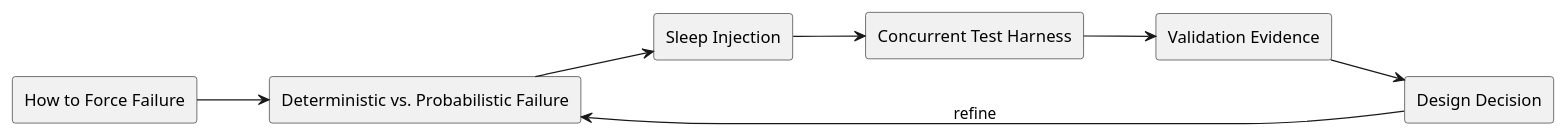
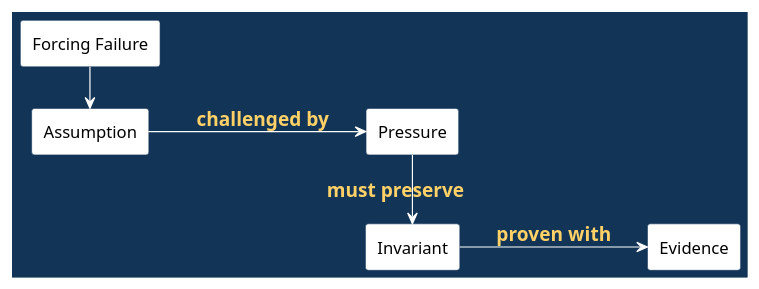
One commit to madajaju/CS5254 changed diagram 20 of 20 in doc/lectures/week3/forcing_failure/README.slides.adoc. Above: the diagram before and after it, drawn with PlantUML. The commit also changed other lines of this file and 21 other files, not shown here.

```diff
--- a/doc/lectures/week3/forcing_failure/README.slides.adoc
+++ b/doc/lectures/week3/forcing_failure/README.slides.adoc
@@ -71,22 +1397,62 @@
-[plantuml, target=architecture, format=svg, width=80%]
+[plantuml, target=forcing_failure_20_summary_visual, format=svg, width=100%]
 ----
 @startuml
-skinparam monochrome true
+skinparam BackgroundColor #123456
+skinparam DefaultFontColor white
+skinparam ArrowColor white
+skinparam ArrowFontColor #ffd166
+skinparam ArrowFontStyle bold
+skinparam ArrowFontSize 16
+skinparam ActorBorderColor #123456
+skinparam ActorFontColor white
+skinparam participant {
+  BackgroundColor white
+  BorderColor #123456
+  FontColor black
+}
+skinparam sequence {
+  LifeLineBorderColor white
+  LifeLineBackgroundColor white
+  ParticipantBorderColor #123456
+  ParticipantBackgroundColor white
+  ParticipantFontColor black
+}
+skinparam rectangle {
+  BackgroundColor white
+  BorderColor #123456
+  FontColor black
+}
+skinparam database {
+  BackgroundColor white
+  BorderColor #123456
+  FontColor black
+}
+skinparam state {
+  BackgroundColor white
+  BorderColor #123456
+  FontColor black
+}
+skinparam activity {
+  BackgroundColor white
+  BorderColor #123456
+  FontColor black
+}
+skinparam note {
+  BackgroundColor white
+  BorderColor #123456
+  FontColor black
+}
 skinparam shadowing false
 left to right direction
 
-rectangle "How to Force Failure" as Topic
-rectangle "Deterministic vs. Probabilistic Failure" as A
-rectangle "Sleep Injection" as B
-rectangle "Concurrent Test Harness" as C
-rectangle "Validation Evidence" as V
-rectangle "Design Decision" as D
-
-Topic --> A
-A --> B
-B --> C
-C --> V
-V --> D
-D --> A : refine
+rectangle "Forcing Failure" as Topic
+rectangle "Assumption" as A
+rectangle "Pressure" as P
+rectangle "Invariant" as I
+rectangle "Evidence" as E
+Topic -> A
+A --> P : challenged by
+P -> I : must preserve
+I --> E : proven with
 @enduml
 ----
```
